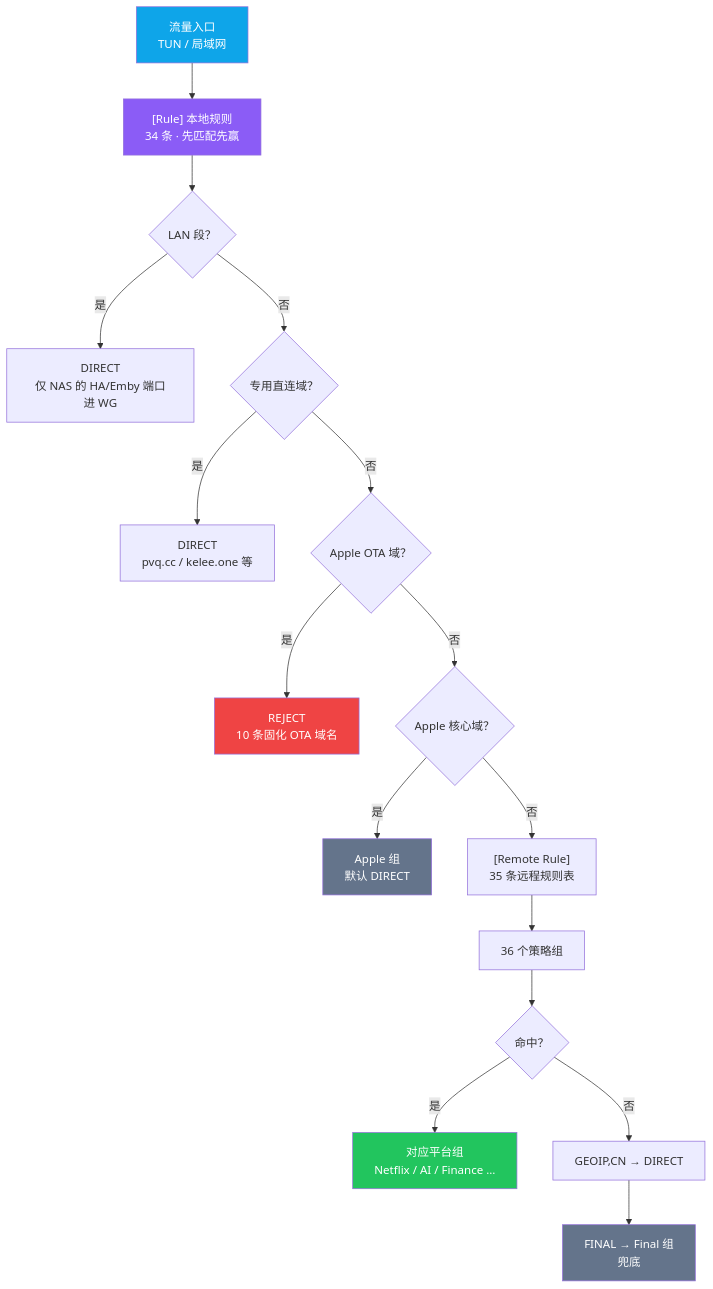
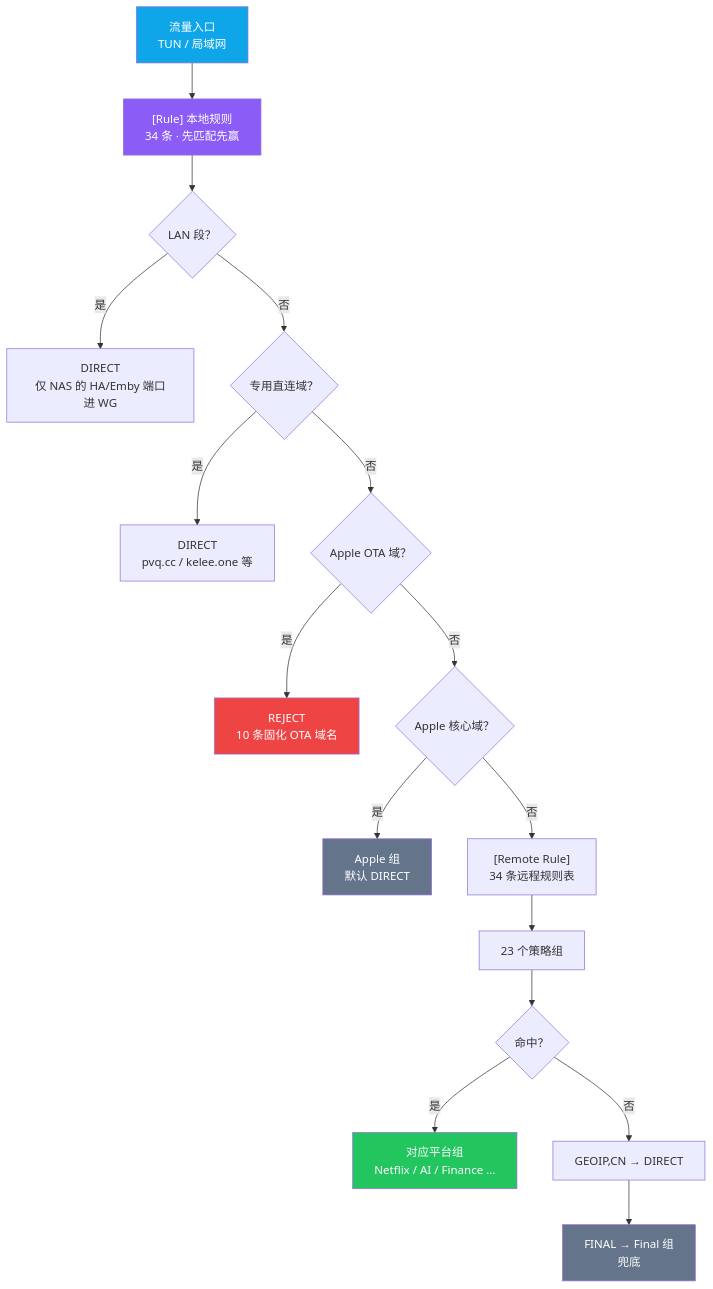
Before and after one commit to abobb414/loon-config: the first of 2 diagrams in README.md, drawn with Mermaid. The commit also changed other lines of this file and 5 other files, not shown here.

````diff
--- a/README.md
+++ b/README.md
@@ -76,25 +74,25 @@
 ```mermaid
 flowchart TD
     A["流量入口<br/>TUN / 局域网"] --> B["[Rule] 本地规则<br/>34 条 · 先匹配先赢"]
     B --> C{"LAN 段？"}
     C -->|"是"| D["DIRECT<br/>仅 NAS 的 HA/Emby 端口进 WG"]
     C -->|"否"| E{"专用直连域？"}
     E -->|"是"| F["DIRECT<br/>pvq.cc / kelee.one 等"]
     E -->|"否"| G{"Apple OTA 域？"}
     G -->|"是"| H["REJECT<br/>10 条固化 OTA 域名"]
     G -->|"否"| I{"Apple 核心域？"}
     I -->|"是"| J["Apple 组<br/>默认 DIRECT"]
-    I -->|"否"| K["[Remote Rule]<br/>35 条远程规则表"]
-    K --> L["36 个策略组"]
+    I -->|"否"| K["[Remote Rule]<br/>34 条远程规则表"]
+    K --> L["23 个策略组"]
     L --> M{"命中？"}
     M -->|"是"| N["对应平台组<br/>Netflix / AI / Finance …"]
     M -->|"否"| O["GEOIP,CN → DIRECT"]
     O --> P["FINAL → Final 组<br/>兜底"]
 
     style A fill:#0ea5e9,color:#fff
     style B fill:#8b5cf6,color:#fff
     style H fill:#ef4444,color:#fff
     style J fill:#64748b,color:#fff
     style N fill:#22c55e,color:#fff
     style P fill:#64748b,color:#fff
 ```
````
